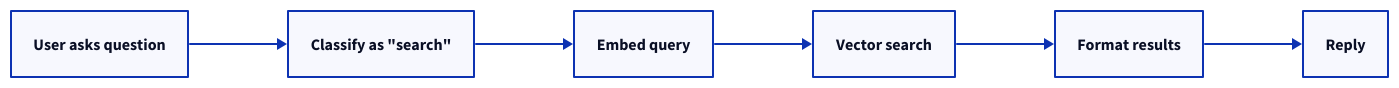
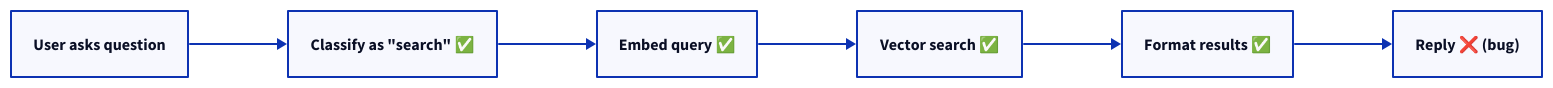
The sixth of 7 diagrams in TECHNICAL_PLAN.md (brucemckayone/knowledge-memory-system), drawn with D2 before and after one commit. The commit also changed other lines of this file and 72 other files, not shown here.

````diff
--- a/TECHNICAL_PLAN.md
+++ b/TECHNICAL_PLAN.md
@@ -212,12 +226,12 @@
 ```d2
 direction: right
 
 1: User asks question
-2: Classify as "search"
-3: Embed query
-4: Vector search
-5: Format results
-6: Reply
+2: Classify as "search" ✅
+3: Embed query ✅
+4: Vector search ✅
+5: Format results ✅
+6: Reply ❌ (bug)
 
 1 -> 2 -> 3 -> 4 -> 5 -> 6
 ```
````
